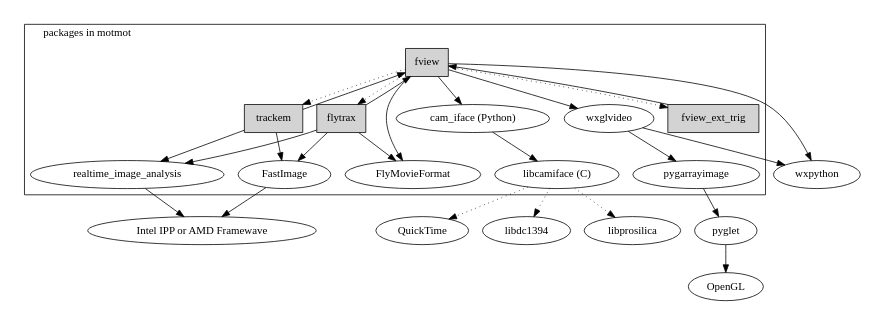
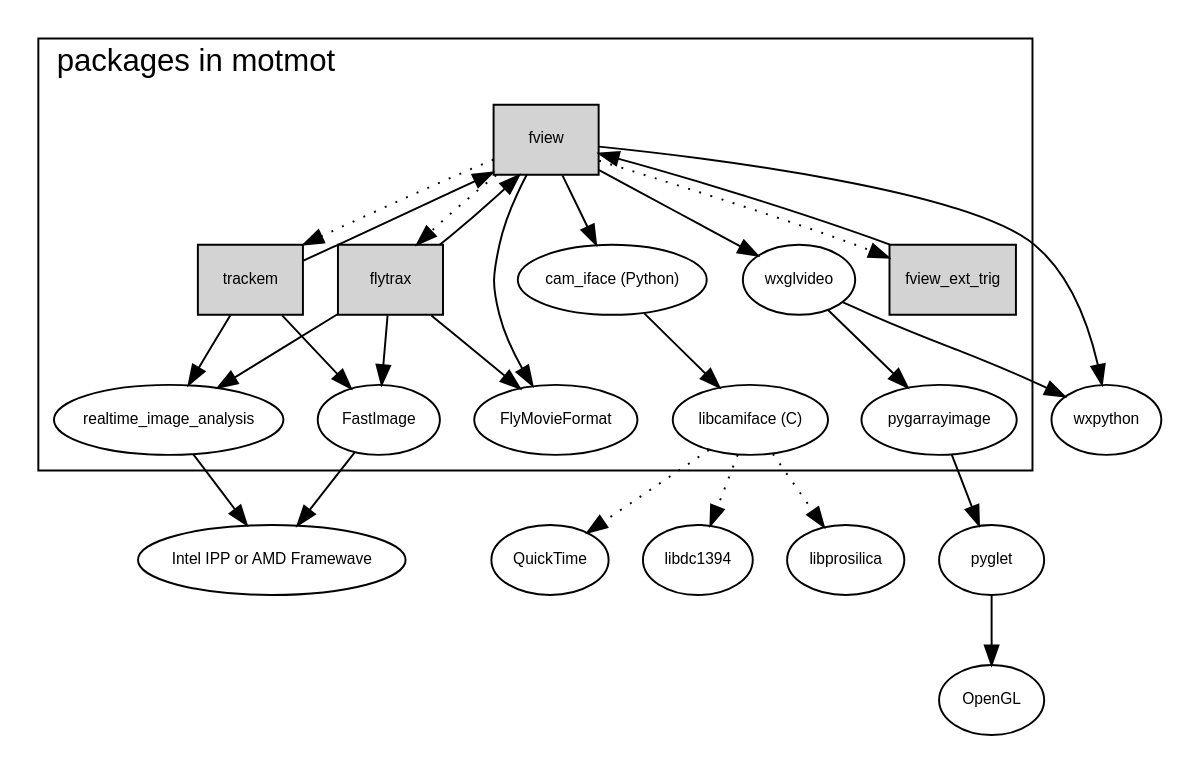
Before and after one commit to motmot/doc: the diagram in source/motmot.dot, drawn with Graphviz. The commit also changed 1 other file, not shown here.

Commit message:
update motmot graph

```diff
--- a/source/motmot.dot
+++ b/source/motmot.dot
@@ -1,61 +1,69 @@
 digraph G {
-  size ="6,4";
+  graph [
+         fontsize=16
+          fontname = "Arial"
+          ];
+  node [
+          fontsize=8
+          fontname = "Arial"
+          ];
+
   subgraph cluster0 {
     cam_iface -> libcamiface;
     fview -> cam_iface;
     flytrax -> fview;
     fview_ext_trig -> fview;
     fview -> fview_ext_trig [style=dotted];
     wxglvideo -> pygarrayimage;
     fview -> wxglvideo;
     flytrax -> realtime_image_analysis;
     flytrax -> fastimage;
     fview -> FlyMovieFormat;
     flytrax -> FlyMovieFormat;
     fview -> flytrax [style=dotted];
     trackem -> fastimage;
     trackem -> realtime_image_analysis;
     fview -> trackem [style=dotted];
     trackem -> fview;
     labeljust=l;
     label = "packages in motmot";
   }
 
   libcamiface -> quicktime [style=dotted];
   libcamiface -> libdc1394 [style=dotted];
   libcamiface -> libprosilica [style=dotted];
   wxglvideo -> wxpython;
   fview -> wxpython;
   pyglet -> opengl;
   pygarrayimage -> pyglet;
   realtime_image_analysis -> ipp;
   fastimage -> ipp;
 
   libcamiface [label="libcamiface (C)"];
   cam_iface [label="cam_iface (Python)"];
 
   fastimage [label="FastImage"];
 
   quicktime [label="QuickTime", URL="http://www.apple.com/quicktime/"];
   libdc1394 [label="libdc1394", 
              URL="http://damien.douxchamps.net/ieee1394/libdc1394/"];
   libprosilica [label="libprosilica",
                 URL="http://www.prosilica.com/"];
   ipp [label="Intel IPP or AMD Framewave", URL="http://intel.com/software/products/ipp"];
   opengl [label="OpenGL",
           URL="http://opengl.org/"];
   pyglet [URL="http://www.pyglet.org/"];
   wxpython [URL="http://www.wxpython.org/"];
 
   libcamiface [URL="file:///home/astraw/src/motmot/doc/build/html/libcamiface.html"];
   cam_iface [URL="http://code.astraw.com/projects/motmot/cam_iface.html"]
   fview [shape=box,style=filled,
          URL="http://code.astraw.com/projects/motmot/fview.html"];
   trackem [shape=box,style=filled];
   flytrax [shape=box,style=filled];
   fview_ext_trig [shape=box,style=filled,
               URL="http://code.astraw.com/projects/motmot/camtrig/OVERVIEW.html"];
   wxglvideo [URL="http://code.astraw.com/projects/motmot/wxglvideo.html"];
   pygarrayimage [URL="http://code.astraw.com/projects/motmot/pygarrayimage.html"];
   flytrax [URL="http://code.astraw.com/projects/motmot/flytrax.html"];
 }
```
